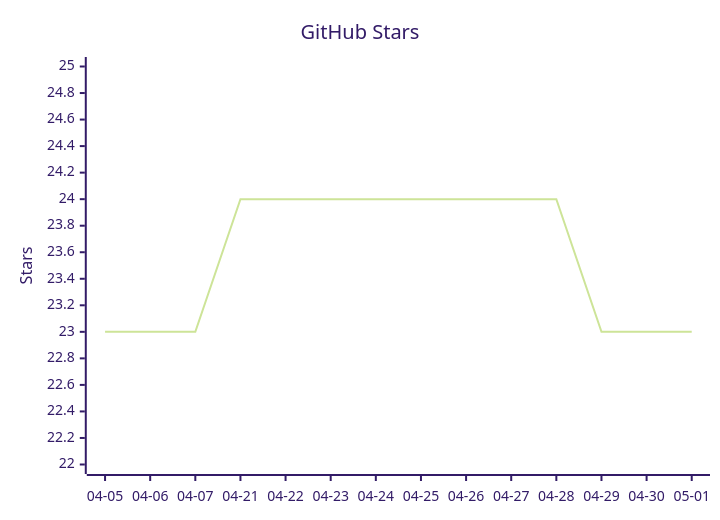
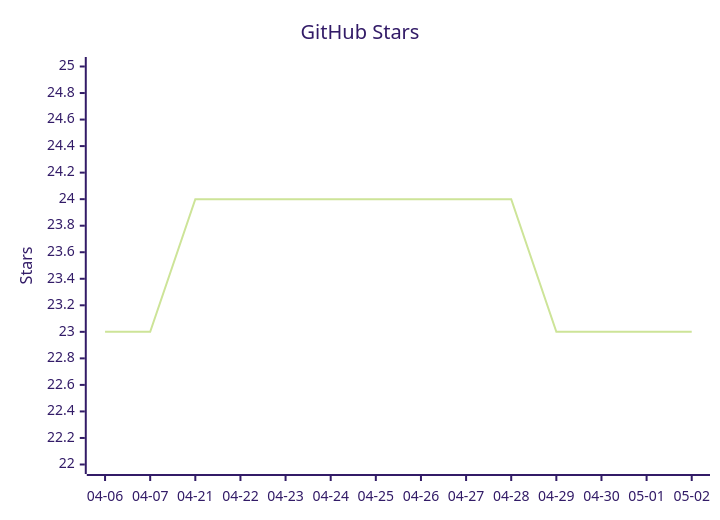
Before and after one commit to vectie/moonclaw: the diagram in README.mbt.md, drawn with Mermaid (forest theme). The commit also changed other lines of this file and 1 other file, not shown here.

Commit message:
Update README star growth

````diff
--- a/README.mbt.md
+++ b/README.mbt.md
@@ -489,7 +489,7 @@
 ```mermaid
 xychart-beta
     title "GitHub Stars"
-    x-axis ["04-05","04-06","04-07","04-21","04-22","04-23","04-24","04-25","04-26","04-27","04-28","04-29","04-30","05-01"]
+    x-axis ["04-06","04-07","04-21","04-22","04-23","04-24","04-25","04-26","04-27","04-28","04-29","04-30","05-01","05-02"]
     y-axis "Stars" 22 --> 25
-    line [23,23,23,24,24,24,24,24,24,24,24,23,23,23]
+    line [23,23,24,24,24,24,24,24,24,24,23,23,23,23]
 ```
````
